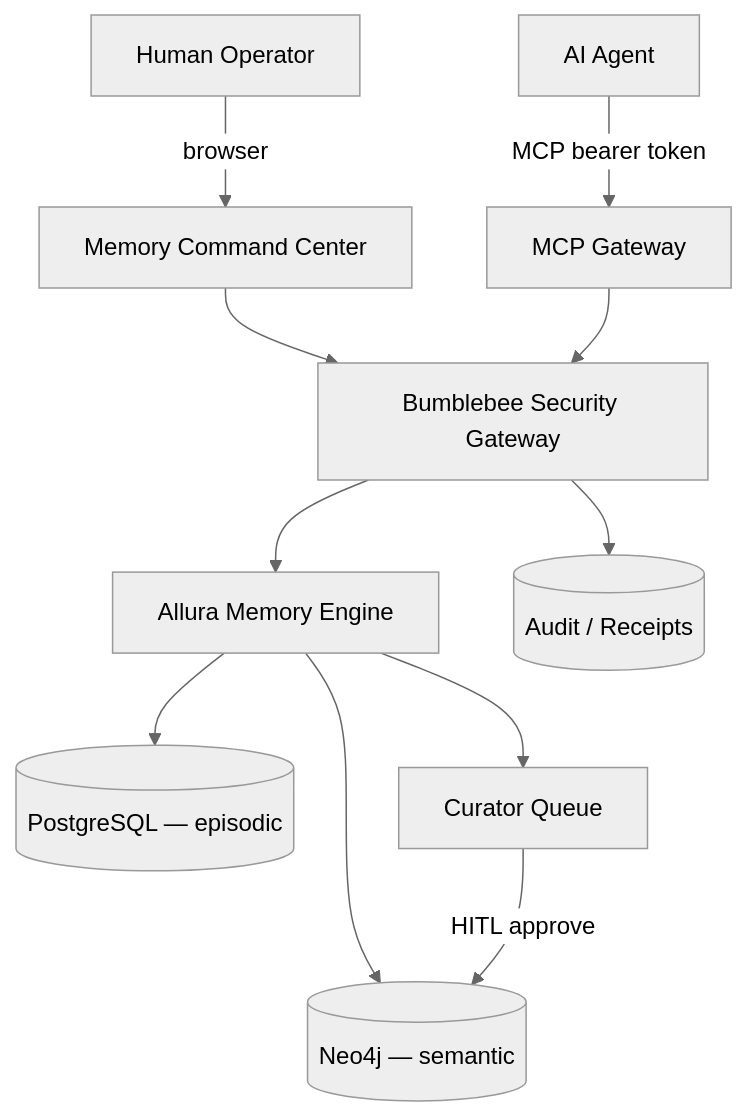
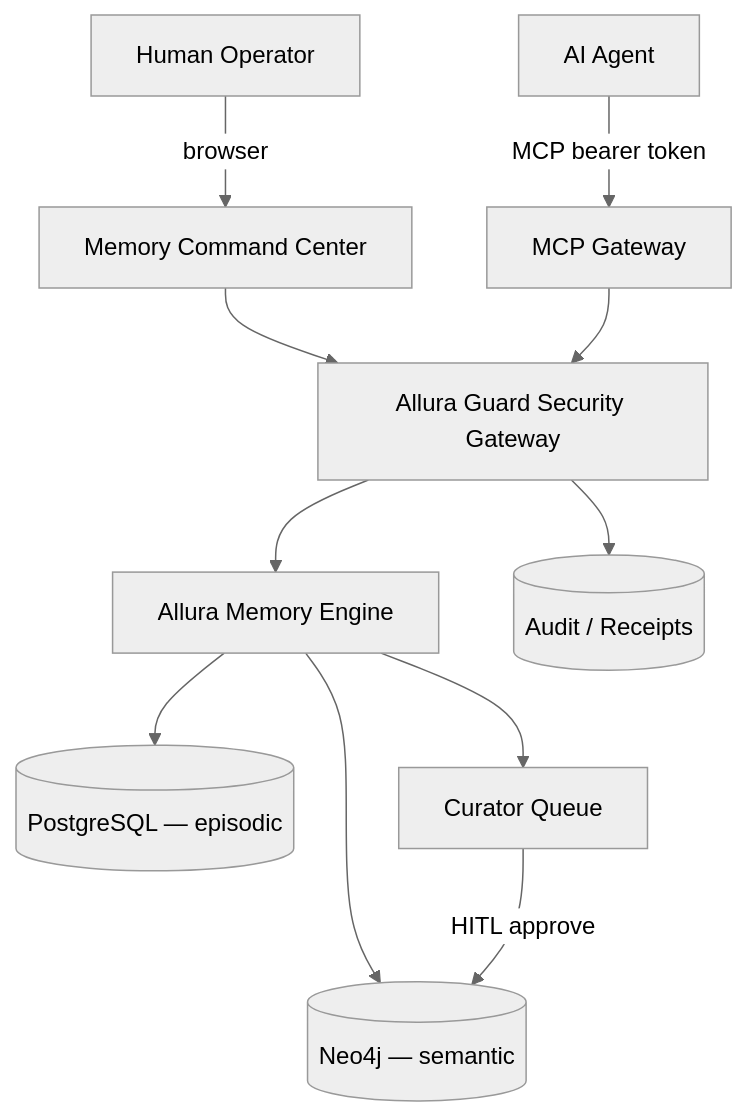
One commit to Allura-Ecosystem/Allura_Memory changed the first of 3 diagrams in docs/allura-hosted/BLUEPRINT.md. Above: the diagram before and after it, drawn with Mermaid (neutral theme). The commit also changed other lines of this file and 23 other files, not shown here.

First line of the commit message:
docs(hosted): rename Bumblebee->Allura Guard; reserve Bumblebee for scanner

````diff
--- a/docs/allura-hosted/BLUEPRINT.md
+++ b/docs/allura-hosted/BLUEPRINT.md
@@ -159,13 +160,13 @@
 ```mermaid
 graph TD
   H[Human Operator] -->|browser| CC[Memory Command Center]
   A[AI Agent] -->|MCP bearer token| GW[MCP Gateway]
-  CC --> BB[Bumblebee Security Gateway]
+  CC --> BB[Allura Guard Security Gateway]
   GW --> BB
   BB --> ME[Allura Memory Engine]
   ME --> PG[(PostgreSQL — episodic)]
   ME --> NEO[(Neo4j — semantic)]
   ME --> CUR[Curator Queue]
   BB --> AUD[(Audit / Receipts)]
   CUR -->|HITL approve| NEO
 ```
````
